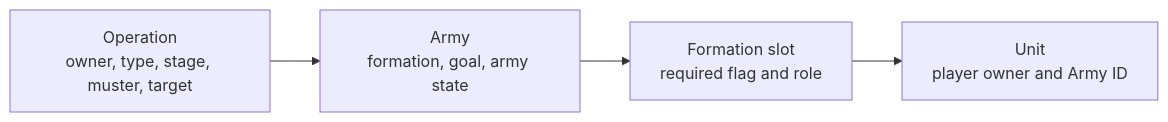
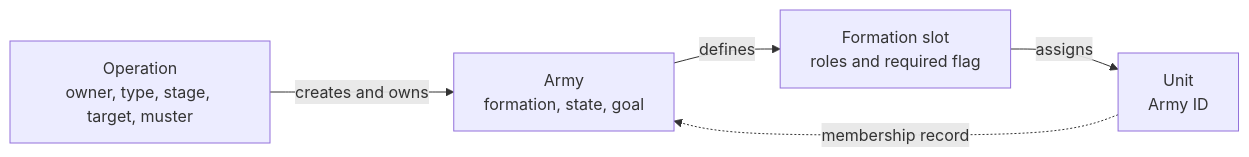
The first of 2 diagrams in docs/developers/civ5-dll/unit-ai/military-organization.md (vox-deorum/vox-deorum), drawn with Mermaid before and after one commit. The commit also changed other lines of this file and 12 other files, not shown here.

````diff
--- a/docs/developers/civ5-dll/unit-ai/military-organization.md
+++ b/docs/developers/civ5-dll/unit-ai/military-organization.md
@@ -9,10 +9,7 @@
 ```mermaid
 flowchart LR
-    O[Operation<br/>owner, type, stage, muster, target]
-    A[Army<br/>formation, goal, army state]
-    S[Formation slot<br/>required flag and role]
-    U[Unit<br/>player owner and Army ID]
-    O --> A
-    A --> S
-    S --> U
+    O[Operation<br/>owner, type, stage, target, muster] -->|creates and owns| A[Army<br/>formation, state, goal]
+    A -->|defines| S[Formation slot<br/>roles and required flag]
+    S -->|assigns| U[Unit<br/>Army ID]
+    U -. membership record .-> A
 ```
````
